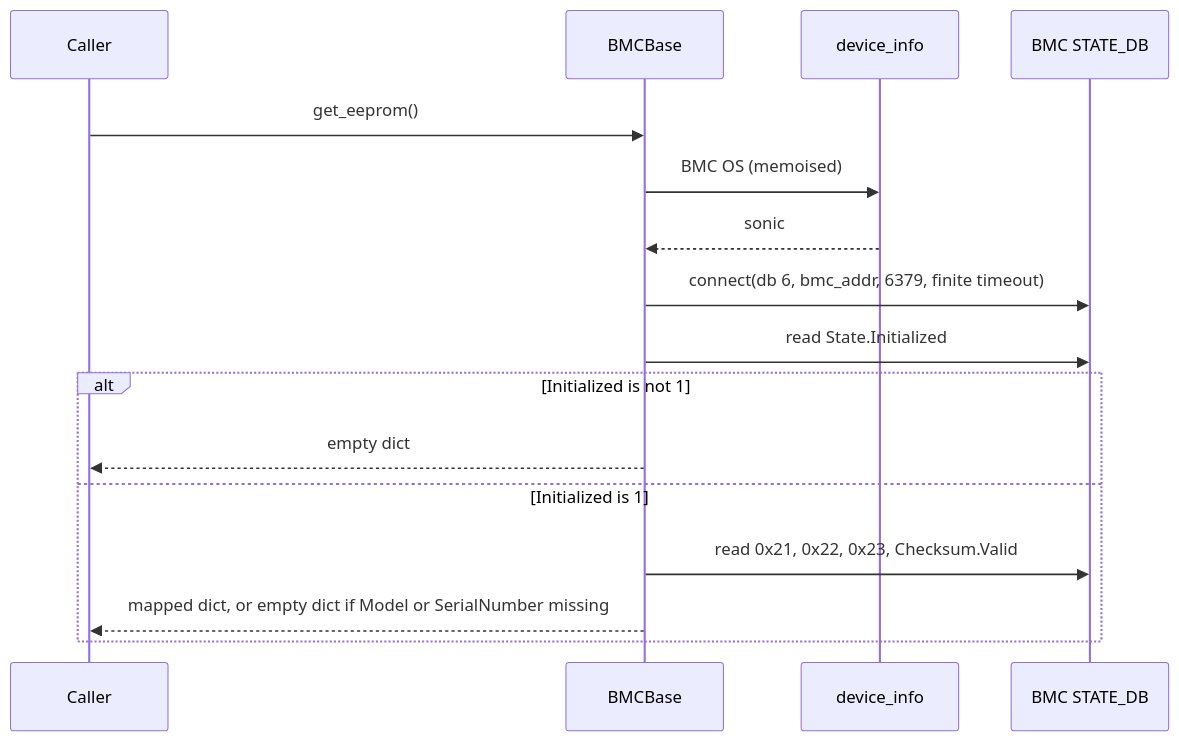
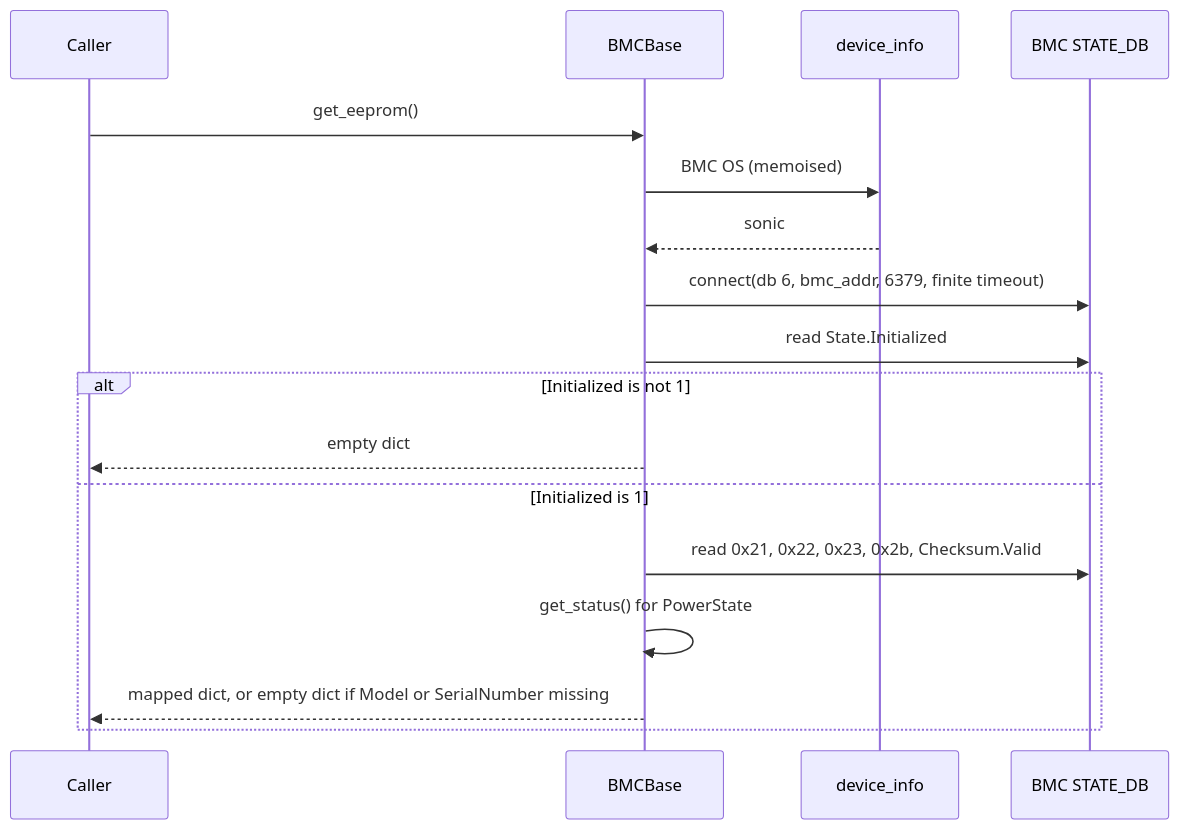
One commit to benle7/SONiC changed the second of 2 diagrams in doc/bmc/host_bmc_redis_protocol_hld.md. Above: the diagram before and after it, drawn with Mermaid. The commit also changed other lines of this file, not shown here.

First line of the commit message:
doc/bmc: serve Manufacturer and PowerState, and default to the SONiC BMC

````diff
--- a/doc/bmc/host_bmc_redis_protocol_hld.md
+++ b/doc/bmc/host_bmc_redis_protocol_hld.md
@@ -195,18 +216,19 @@
 ```mermaid
 sequenceDiagram
   participant C as Caller
   participant B as BMCBase
   participant D as device_info
   participant R as BMC STATE_DB
   C->>B: get_eeprom()
   B->>D: BMC OS (memoised)
   D-->>B: sonic
   B->>R: connect(db 6, bmc_addr, 6379, finite timeout)
   B->>R: read State.Initialized
   alt Initialized is not 1
     B-->>C: empty dict
   else Initialized is 1
-    B->>R: read 0x21, 0x22, 0x23, Checksum.Valid
+    B->>R: read 0x21, 0x22, 0x23, 0x2b, Checksum.Valid
+    B->>B: get_status() for PowerState
     B-->>C: mapped dict, or empty dict if Model or SerialNumber missing
   end
 ```
````
